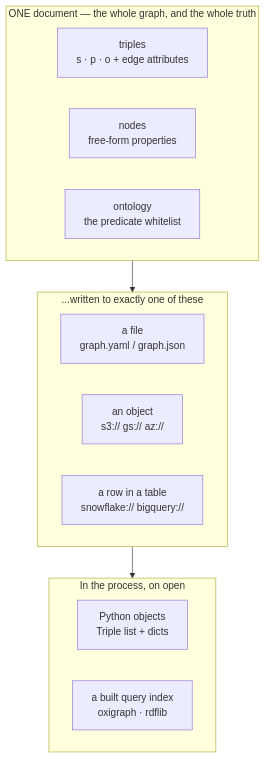
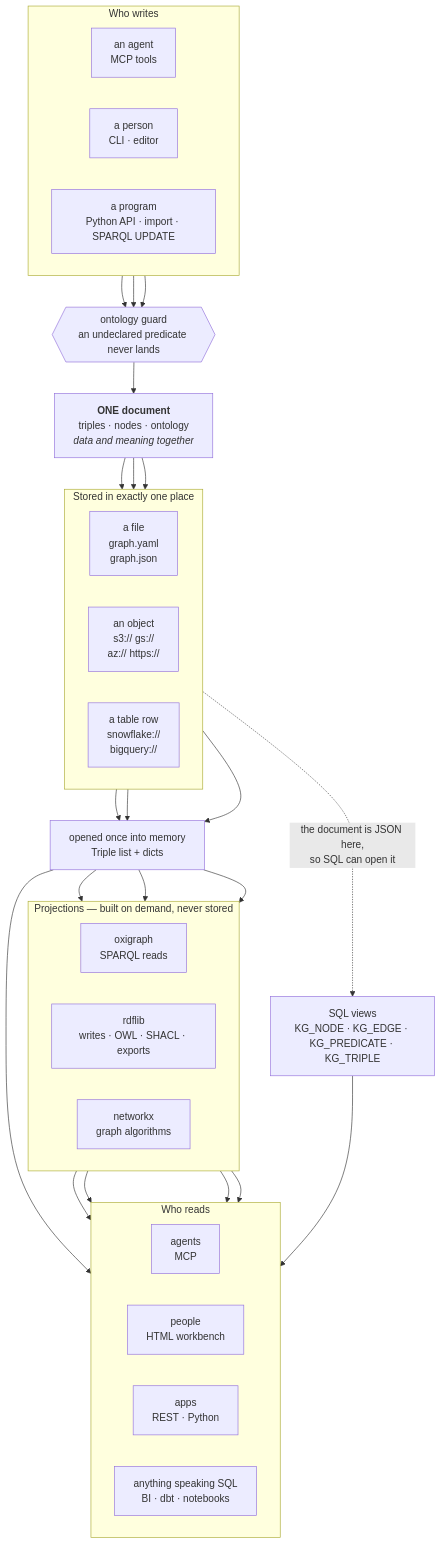
The first of 3 diagrams in docs/ARCHITECTURE.md (RyutoYoda/trikedb), drawn with Mermaid before and after one commit. The commit also changed other lines of this file, not shown here.

Commit message:
docs: ARCHITECTURE.md の最上部に全体図を置いた。まず一目で理解したい人向け
- 冒頭が思想の節から始まっていたので、全体が1枚で分かる図を最上部に。
  誰が書く → オントロジーガード → 1つの文書 → 保存先3種（ファイル /
  オブジェクト / テーブル行）→ メモリ → 投影（oxigraph / rdflib /
  networkx）→ 誰が読む。ウェアハウスからSQLビューへの分岐も点線で
- 図の下に「4つの主張」として要約を置き、各節へ繋げた
- 「何がどこにあるか」節にあった図は、最上部の図と重複し、しかも
  subgraph同士を繋いでいたためノードが孤立して箱が並ぶだけになっていた。
  その節が固有に説明すべきもの（3キーが同じファイルに同居する形）に
  差し替えて、YAMLの実例に

図3つのノード参照・孤立ノードを検証済み。検証用の正規表現が `-->` を
捉えられておらず孤立を見逃していたのも直した

````diff
--- a/docs/ARCHITECTURE.md
+++ b/docs/ARCHITECTURE.md
@@ -112,25 +5,60 @@
 ```mermaid
 flowchart TB
-    subgraph doc["ONE document — the whole graph, and the whole truth"]
+    subgraph W["Who writes"]
         direction LR
-        T["triples<br/>s · p · o + edge attributes"]
-        N["nodes<br/>free-form properties"]
-        O["ontology<br/>the predicate whitelist"]
+        WA["an agent<br/>MCP tools"]
+        WC["a person<br/>CLI · editor"]
+        WP["a program<br/>Python API · import · SPARQL UPDATE"]
     end
 
-    subgraph where["...written to exactly one of these"]
+    G{{"ontology guard<br/>an undeclared predicate never lands"}}
+
+    D["<b>ONE document</b><br/>triples · nodes · ontology<br/><i>data and meaning together</i>"]
+
+    subgraph S["Stored in exactly one place"]
         direction LR
-        F["a file<br/>graph.yaml / graph.json"]
-        B["an object<br/>s3:// gs:// az://"]
-        W["a row in a table<br/>snowflake:// bigquery://"]
+        SF["a file<br/>graph.yaml<br/>graph.json"]
+        SO["an object<br/>s3:// gs://<br/>az:// https://"]
+        SW["a table row<br/>snowflake://<br/>bigquery://"]
     end
 
-    subgraph mem["In the process, on open"]
+    M["opened once into memory<br/>Triple list + dicts"]
+
+    subgraph P["Projections — built on demand, never stored"]
         direction LR
-        PY["Python objects<br/>Triple list + dicts"]
-        IDX["a built query index<br/>oxigraph · rdflib"]
+        PO["oxigraph<br/>SPARQL reads"]
+        PR["rdflib<br/>writes · OWL · SHACL · exports"]
+        PN["networkx<br/>graph algorithms"]
     end
 
-    doc --> where
-    where --> mem
+    V["SQL views<br/>KG_NODE · KG_EDGE · KG_PREDICATE · KG_TRIPLE"]
+
+    subgraph R["Who reads"]
+        direction LR
+        RA["agents<br/>MCP"]
+        RH["people<br/>HTML workbench"]
+        RP["apps<br/>REST · Python"]
+        RS["anything speaking SQL<br/>BI · dbt · notebooks"]
+    end
+
+    WA --> G
+    WC --> G
+    WP --> G
+    G --> D
+    D --> SF
+    D --> SO
+    D --> SW
+    SF --> M
+    SO --> M
+    SW --> M
+    M --> PO
+    M --> PR
+    M --> PN
+    SW -.->|"the document is JSON here,<br/>so SQL can open it"| V
+    PO --> RA
+    PO --> RP
+    PR --> RP
+    PN --> RP
+    M --> RH
+    V --> RS
 ```
````
